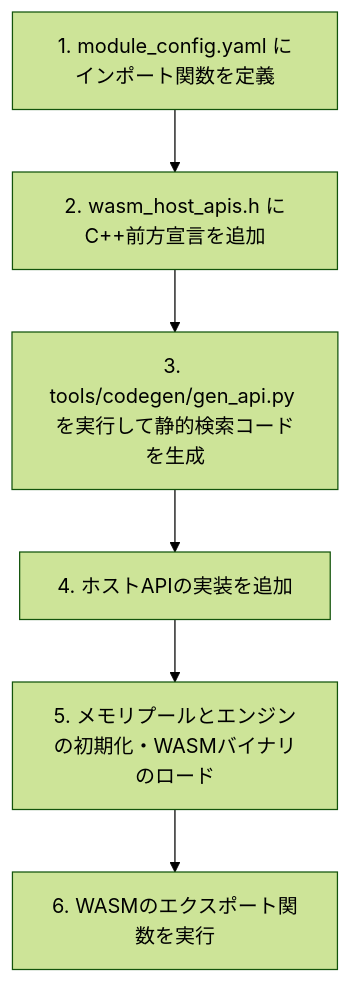
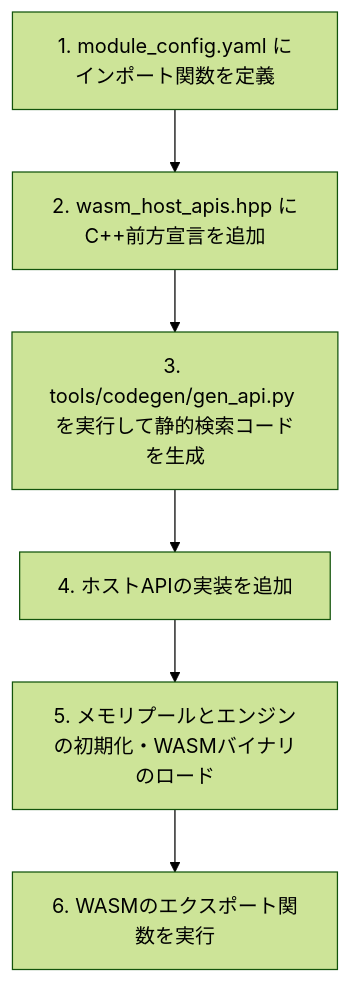
One commit to puchinya/embwasm changed the diagram in docs/getting_started.md. Above: the diagram before and after it, drawn with Mermaid (forest theme). The commit also changed other lines of this file and 44 other files, not shown here.

````diff
--- a/docs/getting_started.md
+++ b/docs/getting_started.md
@@ -11,8 +11,8 @@
 ```mermaid
 graph TD
-    A[1. module_config.yaml にインポート関数を定義] --> B[2. wasm_host_apis.h にC++前方宣言を追加]
+    A[1. module_config.yaml にインポート関数を定義] --> B[2. wasm_host_apis.hpp にC++前方宣言を追加]
     B --> C[3. tools/codegen/gen_api.py を実行して静的検索コードを生成]
     C --> D[4. ホストAPIの実装を追加]
     D --> E[5. メモリプールとエンジンの初期化・WASMバイナリのロード]
     E --> F[6. WASMのエクスポート関数を実行]
 ```
````
